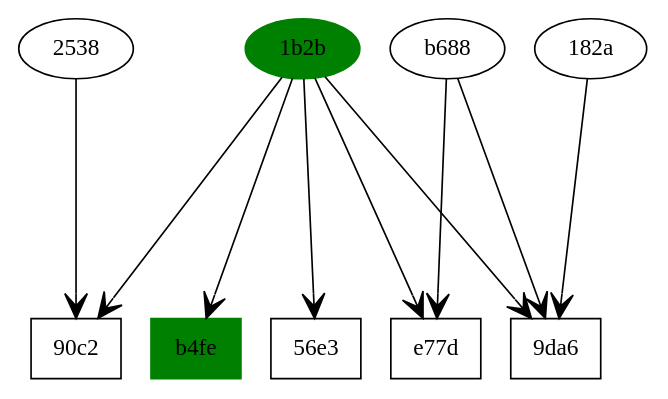
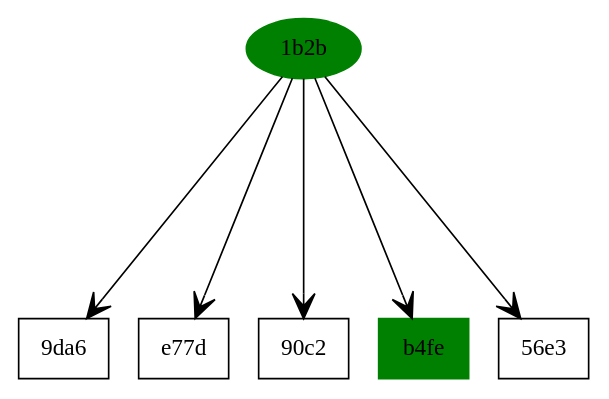
One commit to HMohammad1/Application_for_Data_Visualization changed the diagram in doctest-output/also_likes.gv. Above: the diagram before and after it, drawn with Graphviz. The commit also changed 8 other files, not shown here.

```diff
--- a/doctest-output/also_likes.gv
+++ b/doctest-output/also_likes.gv
@@ -1,28 +1,20 @@
 // Also Likes Graph
 digraph also_likes {
 	edge [arrowhead=vee arrowsize=1.5]
 	ranksep=2
-	"90c2" [label="90c2" shape=box]
-	2538 [label=2538]
-	2538 -> "90c2"
+	"9da6" [label="9da6" shape=box]
 	"1b2b" [label="1b2b" color=green fillcolor=green style=filled]
-	"1b2b" -> "90c2"
+	"1b2b" -> "9da6"
 	e77d [label=e77d shape=box]
 	"1b2b" [label="1b2b" color=green fillcolor=green style=filled]
 	"1b2b" -> e77d
-	b688 [label=b688]
-	b688 -> e77d
+	"90c2" [label="90c2" shape=box]
+	"1b2b" [label="1b2b" color=green fillcolor=green style=filled]
+	"1b2b" -> "90c2"
+	b4fe [label=b4fe color=green fillcolor=green shape=box style=filled]
+	"1b2b" [label="1b2b" color=green fillcolor=green style=filled]
+	"1b2b" -> b4fe
 	"56e3" [label="56e3" shape=box]
 	"1b2b" [label="1b2b" color=green fillcolor=green style=filled]
 	"1b2b" -> "56e3"
-	"9da6" [label="9da6" shape=box]
-	"1b2b" [label="1b2b" color=green fillcolor=green style=filled]
-	"1b2b" -> "9da6"
-	"182a" [label="182a"]
-	"182a" -> "9da6"
-	b688 [label=b688]
-	b688 -> "9da6"
-	b4fe [label=b4fe color=green fillcolor=green shape=box style=filled]
-	"1b2b" [label="1b2b" color=green fillcolor=green style=filled]
-	"1b2b" -> b4fe
 }
```
